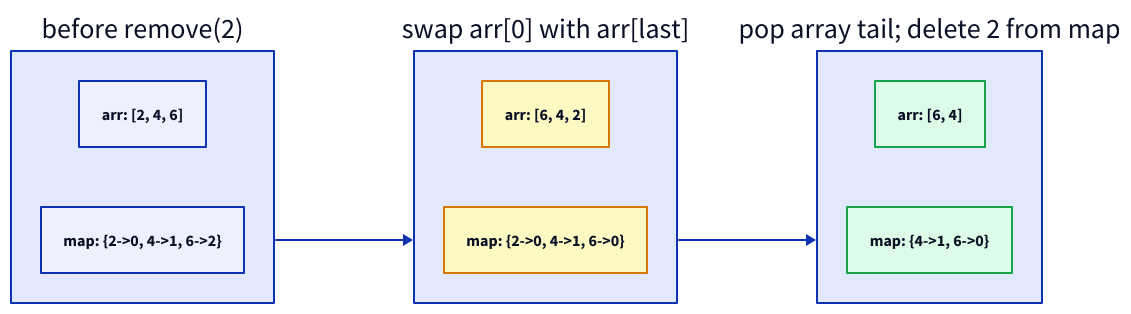
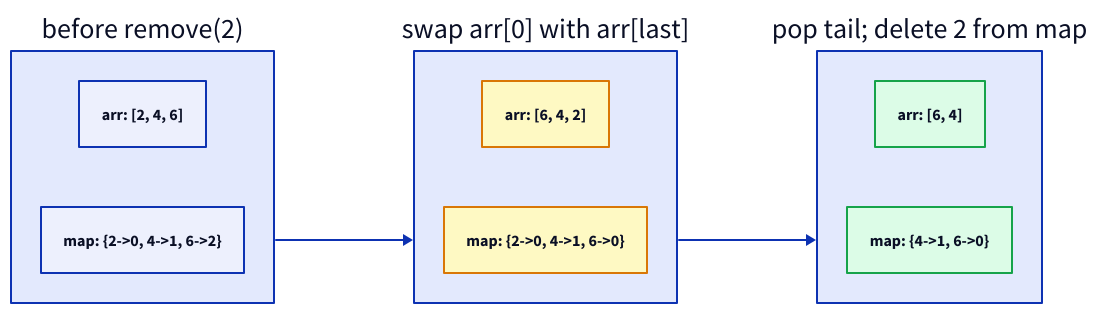
One commit to ani2fun/cortex changed the second of 2 diagrams in content/cortex/data-structures-and-algorithms/02-linear-structures/07-hash-table/12-design-a-hash-map/01-design-a-hash-map.md. Above: the diagram before and after it, drawn with D2. The commit also changed other lines of this file and 348 other files, not shown here.

````diff
--- a/content/cortex/data-structures-and-algorithms/02-linear-structures/07-hash-table/12-design-a-hash-map/01-design-a-hash-map.md
+++ b/content/cortex/data-structures-and-algorithms/02-linear-structures/07-hash-table/12-design-a-hash-map/01-design-a-hash-map.md
@@ -376,20 +244,20 @@
 ```d2
 direction: right
 
 before: "before remove(2)" {
   a1: "arr: [2, 4, 6]"
   m1: "map: {2->0, 4->1, 6->2}"
 }
 
 swap: "swap arr[0] with arr[last]" {
   a2: "arr: [6, 4, 2]" {style.fill: "#fef9c3"; style.stroke: "#d97706"}
   m2: "map: {2->0, 4->1, 6->0}" {style.fill: "#fef9c3"; style.stroke: "#d97706"}
 }
 
-after: "pop array tail; delete 2 from map" {
+after: "pop tail; delete 2 from map" {
   a3: "arr: [6, 4]" {style.fill: "#dcfce7"; style.stroke: "#16a34a"}
   m3: "map: {4->1, 6->0}" {style.fill: "#dcfce7"; style.stroke: "#16a34a"}
 }
 
 before -> swap -> after
 ```
````
